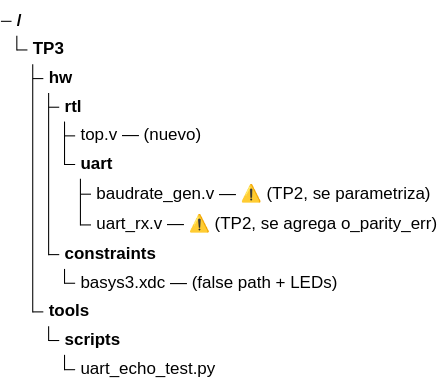
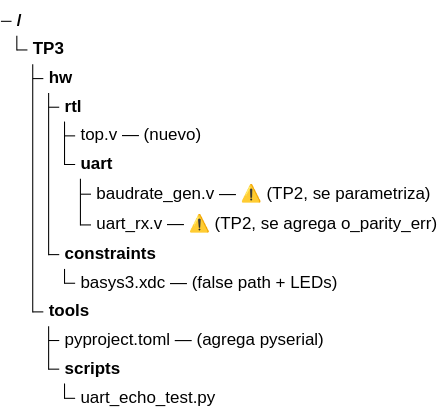
Before and after one commit to nicopinera/tps-arqui: diagram 26 of 47 in docs/PRD-pipeline-riscv.md, drawn with Mermaid (neutral theme). The commit also changed other lines of this file and 15 other files, not shown here.

````diff
--- a/docs/PRD-pipeline-riscv.md
+++ b/docs/PRD-pipeline-riscv.md
@@ -1379,15 +1439,16 @@
 ```mermaid
 treeView-beta
     "TP3/"
         "hw/"
             "rtl/"
                 "top.v — (nuevo)"
                 "uart/"
                     "baudrate_gen.v — ⚠️ (TP2, se parametriza)"
                     "uart_rx.v — ⚠️ (TP2, se agrega o_parity_err)"
             "constraints/"
                 "basys3.xdc — (false path + LEDs)"
         "tools/"
+            "pyproject.toml — (agrega pyserial)"
             "scripts/"
                 "uart_echo_test.py"
 ```
````
